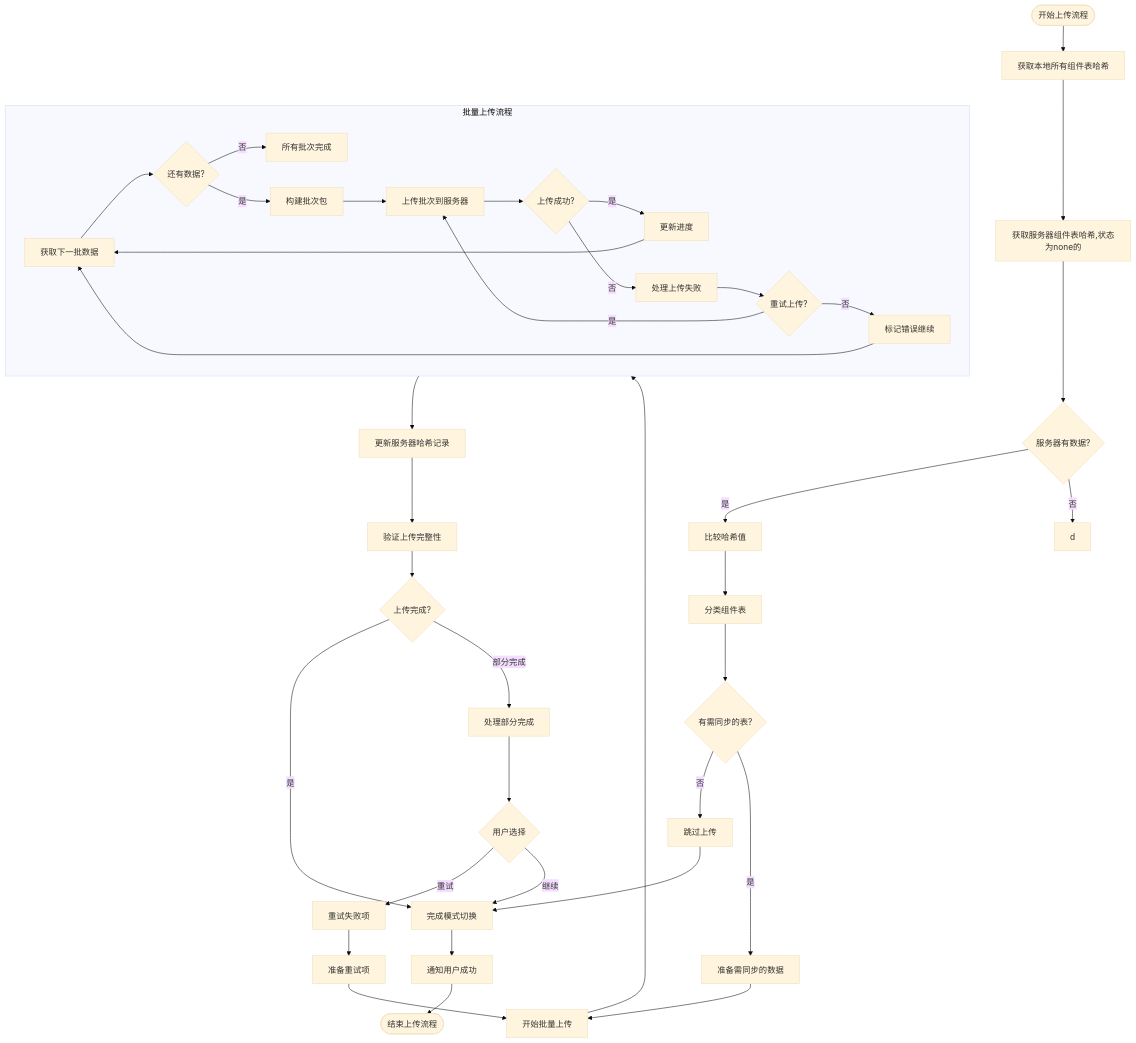
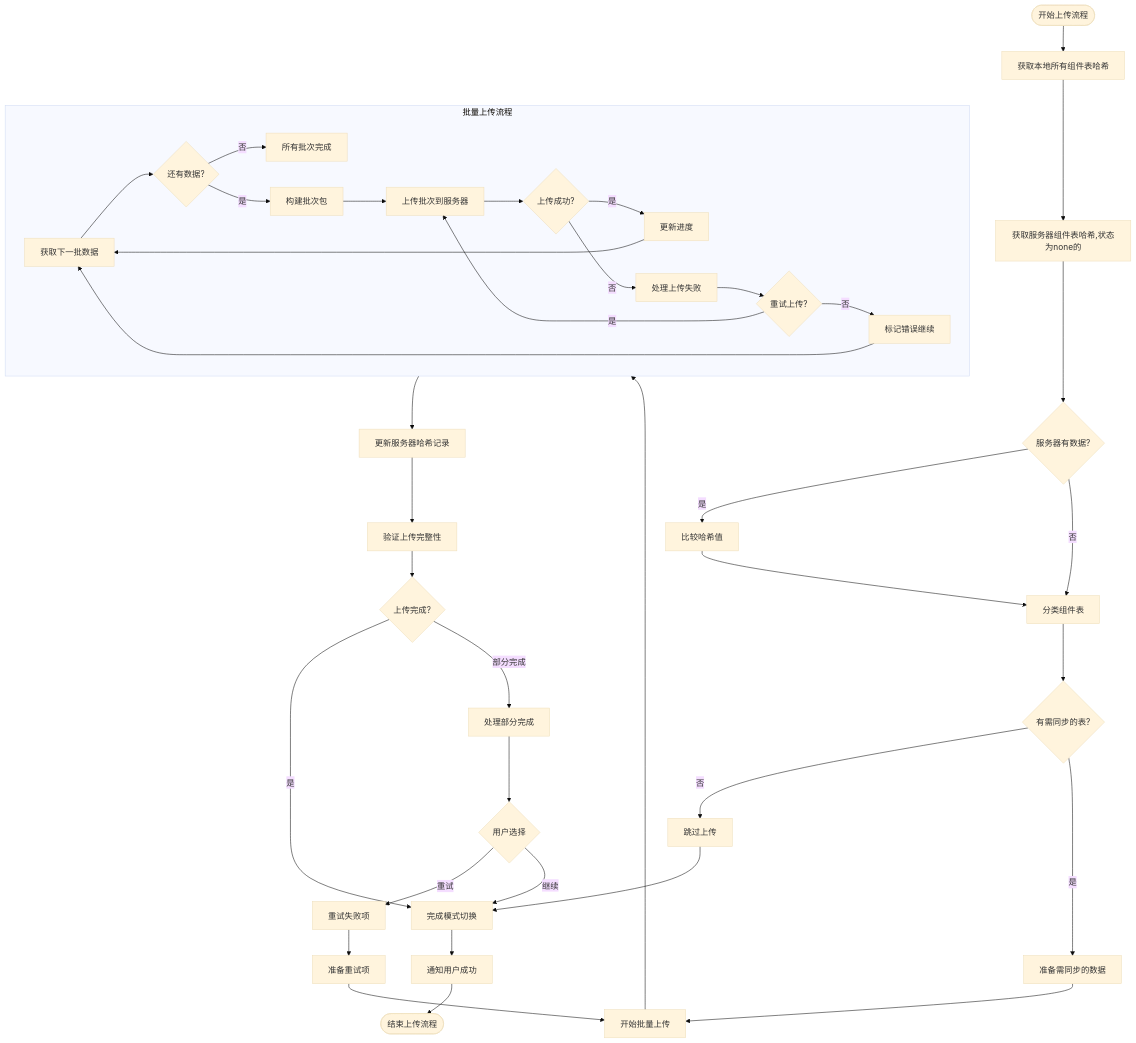
Before and after one commit to yingjianzh/iodraw-files: the diagram in all/未命名-50.md, drawn with Mermaid (base theme).

Commit message:
2025-05-08 17:10:21 update

````diff
--- a/all/未命名-50.md
+++ b/all/未命名-50.md
@@ -1,55 +1,55 @@
 ```mermaid
 flowchart TD
     Start([开始上传流程]) --> CollectLocalHashes[获取本地所有组件表哈希]
     CollectLocalHashes --> FetchServerHashes[获取服务器组件表哈希,状态为none的]
     
     FetchServerHashes --> ServerHasData{服务器有数据?}
     
     ServerHasData -->|是| CompareHashes[比较哈希值]
-    ServerHasData -->|否| d
+    ServerHasData -->|否| ClassifyTables
     
     CompareHashes --> ClassifyTables[分类组件表]
     ClassifyTables --> HasChanges{有需同步的表?}
     
     HasChanges -->|否| SkipUpload[跳过上传]
     HasChanges -->|是| PrepareChangedData[准备需同步的数据]
     
     
     PrepareChangedData --> StartBatching[开始批量上传]
     
     subgraph BatchUpload [批量上传流程]
         B1[获取下一批数据] --> B2{还有数据?}
         B2 -->|否| BatchesComplete[所有批次完成]
         B2 -->|是| B3[构建批次包]
         B3 --> B4[上传批次到服务器]
         B4 --> B5{上传成功?}
         B5 -->|是| B6[更新进度]
         B5 -->|否| B7[处理上传失败]
         B7 --> B8{重试上传?}
         B8 -->|是| B4
         B8 -->|否| B9[标记错误继续]
         B6 --> B1
         B9 --> B1
     end
     
     StartBatching --> BatchUpload
     
     BatchUpload --> UpdateServerHashes[更新服务器哈希记录]
     UpdateServerHashes --> VerifyUpload[验证上传完整性]
     
     VerifyUpload --> UploadComplete{上传完成?}
     UploadComplete -->|是| FinalizeMode[完成模式切换]
     UploadComplete -->|部分完成| HandlePartial[处理部分完成]
     
     HandlePartial --> UserChoice{用户选择}
     UserChoice -->|重试| RetryFailed[重试失败项]
     UserChoice -->|继续| FinalizeMode
     
     RetryFailed --> PrepareRetry[准备重试项]
     PrepareRetry --> StartBatching
     
     FinalizeMode --> NotifySuccess[通知用户成功]
     NotifySuccess --> End([结束上传流程])
     
     SkipUpload --> FinalizeMode
 ```
````
